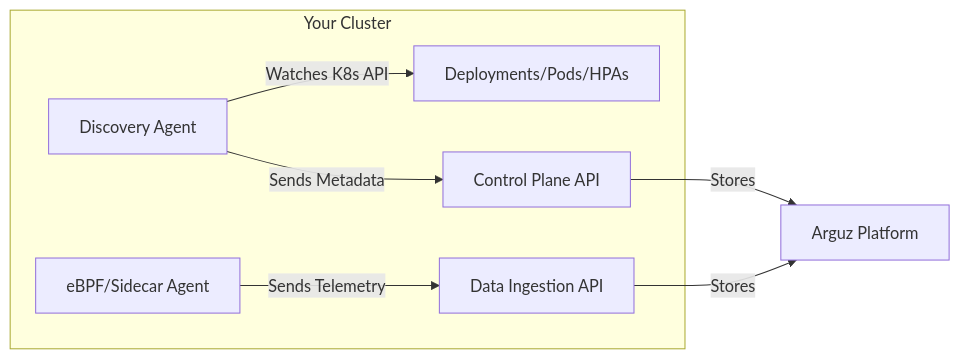
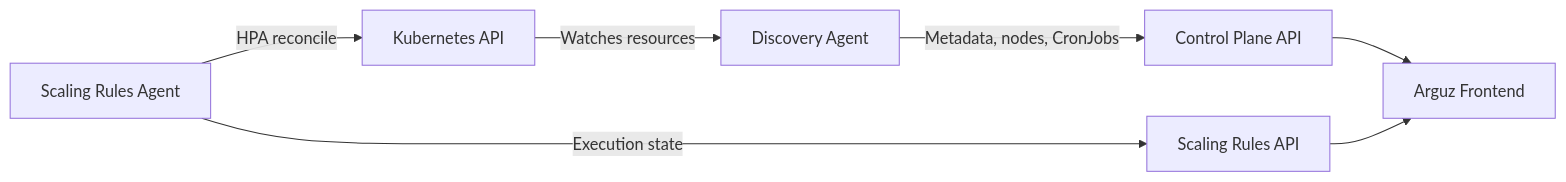
One commit to Arguz-Labs/Arguz-Docs changed the diagram in docs/agent/index.md. Above: the diagram before and after it, drawn with Mermaid. The commit also changed other lines of this file and 59 other files, not shown here.

````diff
--- a/docs/agent/index.md
+++ b/docs/agent/index.md
@@ -26,10 +31,9 @@
 ```mermaid
 graph LR
-    subgraph "Your Cluster"
-        A[Discovery Agent] -->|Watches K8s API| B[Deployments/Pods/HPAs]
-        A -->|Sends Metadata| C[Control Plane API]
-        D[eBPF/Sidecar Agent] -->|Sends Telemetry| E[Data Ingestion API]
-    end
-    C -->|Stores| F[Arguz Platform]
-    E -->|Stores| F
+    A[Kubernetes API] -->|Watches resources| B[Discovery Agent]
+    B -->|Metadata, nodes, CronJobs| C[Control Plane API]
+    G[Scaling Rules Agent] -->|HPA reconcile| A
+    G -->|Execution state| H[Scaling Rules API]
+    C --> F[Arguz Frontend]
+    H --> F
 ```
````
